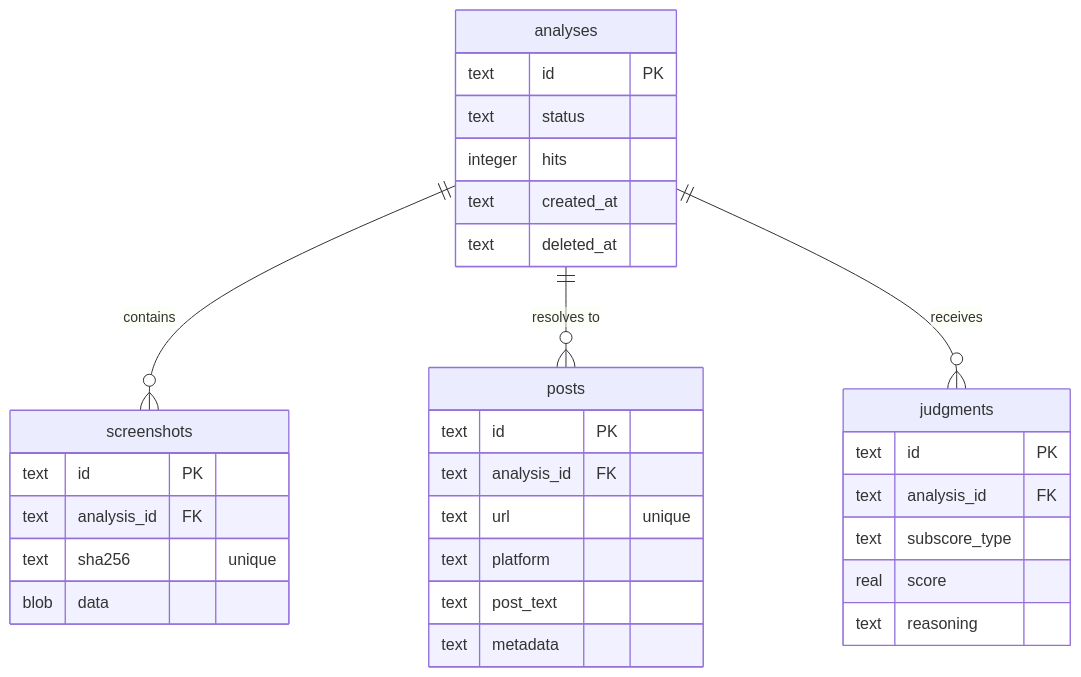
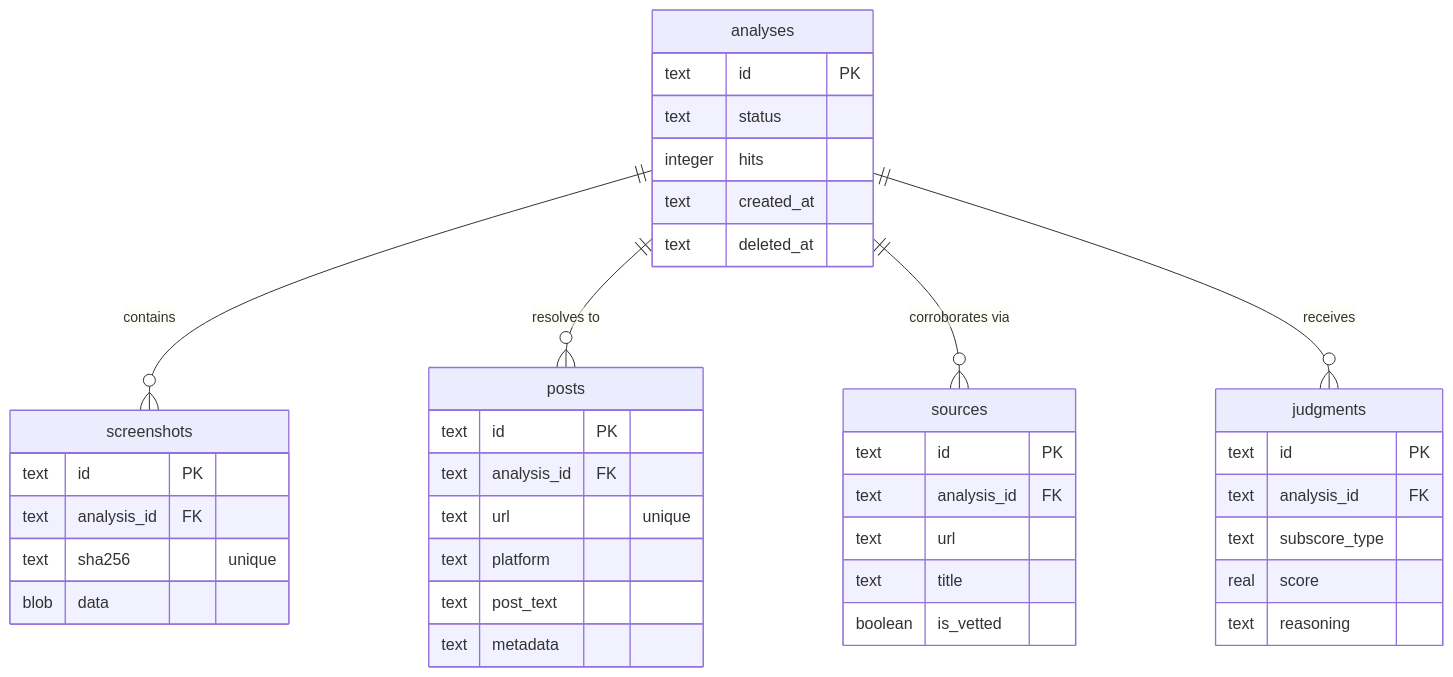
Before and after one commit to HallowsYves/postcard: the diagram in DESIGN.md, drawn with Mermaid. The commit also changed other lines of this file and 6 other files, not shown here.

````diff
--- a/DESIGN.md
+++ b/DESIGN.md
@@ -84,35 +121,43 @@
 ```mermaid
 erDiagram
     analyses {
         text id PK
         text status
         integer hits
         text created_at
         text deleted_at
     }
     screenshots {
         text id PK
         text analysis_id FK
         text sha256 "unique"
         blob data
     }
     posts {
         text id PK
         text analysis_id FK
         text url "unique"
         text platform
         text post_text
         text metadata
     }
+    sources {
+        text id PK
+        text analysis_id FK
+        text url
+        text title
+        boolean is_vetted
+    }
     judgments {
         text id PK
         text analysis_id FK
         text subscore_type
         real score
         text reasoning
     }
 
     analyses ||--o{ screenshots : "contains"
     analyses ||--o{ posts : "resolves to"
+    analyses ||--o{ sources : "corroborates via"
     analyses ||--o{ judgments : "receives"
 ```
````
